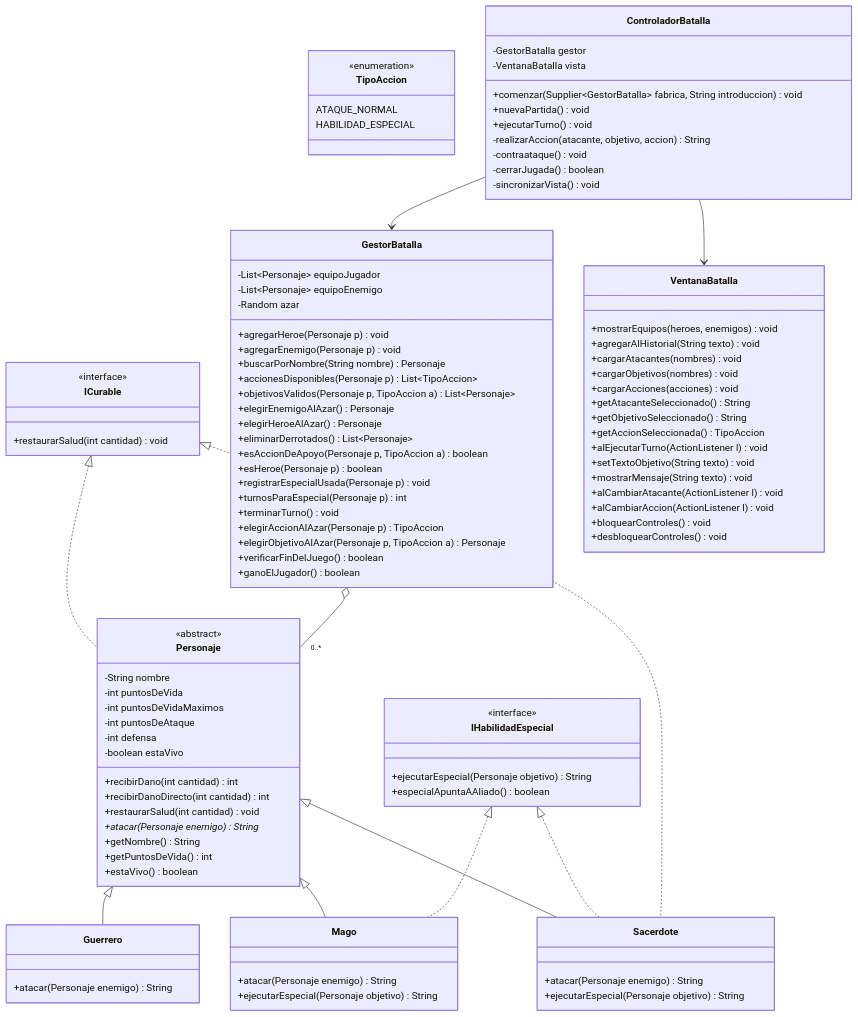
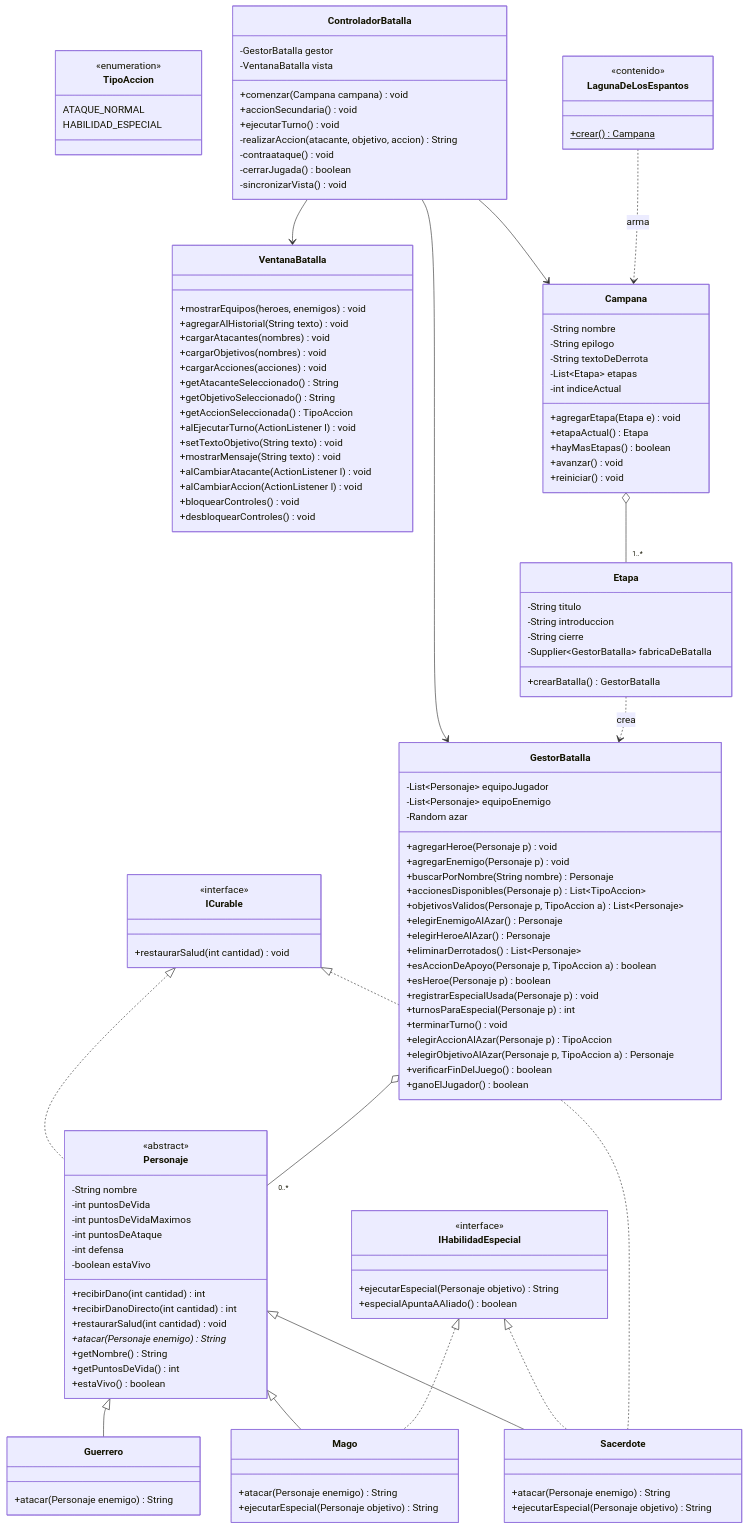
One commit to SJfigueroaV/Arena changed the first of 2 diagrams in docs/diseno.md. Above: the diagram before and after it, drawn with Mermaid. The commit also changed other lines of this file and 17 other files, not shown here.

Commit message:
Campaña La Laguna de los Espantos: cinco etapas, narración por personaje y flujo entre etapas

````diff
--- a/docs/diseno.md
+++ b/docs/diseno.md
@@ -97,11 +97,37 @@
         +desbloquearControles() void
     }
 
+    class Etapa {
+        -String titulo
+        -String introduccion
+        -String cierre
+        -Supplier~GestorBatalla~ fabricaDeBatalla
+        +crearBatalla() GestorBatalla
+    }
+
+    class Campana {
+        -String nombre
+        -String epilogo
+        -String textoDeDerrota
+        -List~Etapa~ etapas
+        -int indiceActual
+        +agregarEtapa(Etapa e) void
+        +etapaActual() Etapa
+        +hayMasEtapas() boolean
+        +avanzar() void
+        +reiniciar() void
+    }
+
+    class LagunaDeLosEspantos {
+        <<contenido>>
+        +crear()$ Campana
+    }
+
     class ControladorBatalla {
         -GestorBatalla gestor
         -VentanaBatalla vista
-        +comenzar(Supplier~GestorBatalla~ fabrica, String introduccion) void
-        +nuevaPartida() void
+        +comenzar(Campana campana) void
+        +accionSecundaria() void
         +ejecutarTurno() void
         -realizarAccion(atacante, objetivo, accion) String
         -contraataque() void
@@ -118,5 +144,9 @@
     ICurable <|.. Sacerdote
     GestorBatalla o-- "0..*" Personaje
     ControladorBatalla --> GestorBatalla
+    ControladorBatalla --> Campana
+    Campana o-- "1..*" Etapa
+    Etapa ..> GestorBatalla : crea
+    LagunaDeLosEspantos ..> Campana : arma
     ControladorBatalla --> VentanaBatalla
 ```
````
